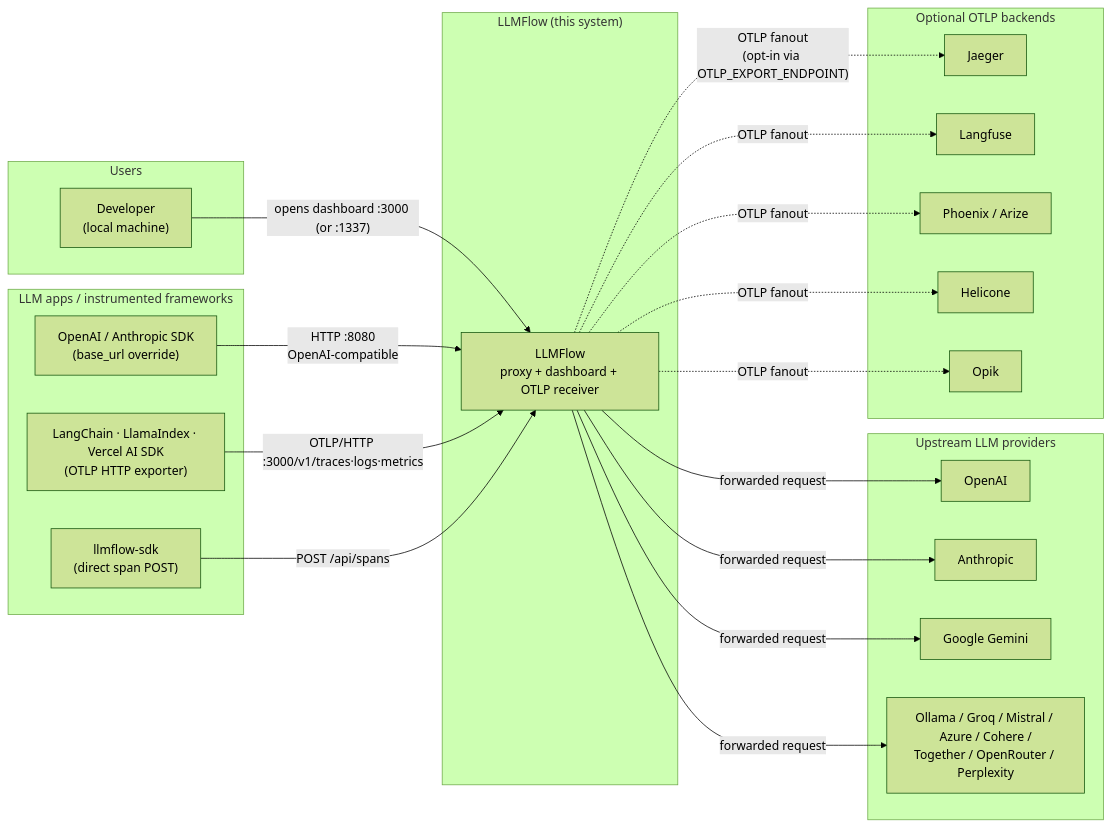
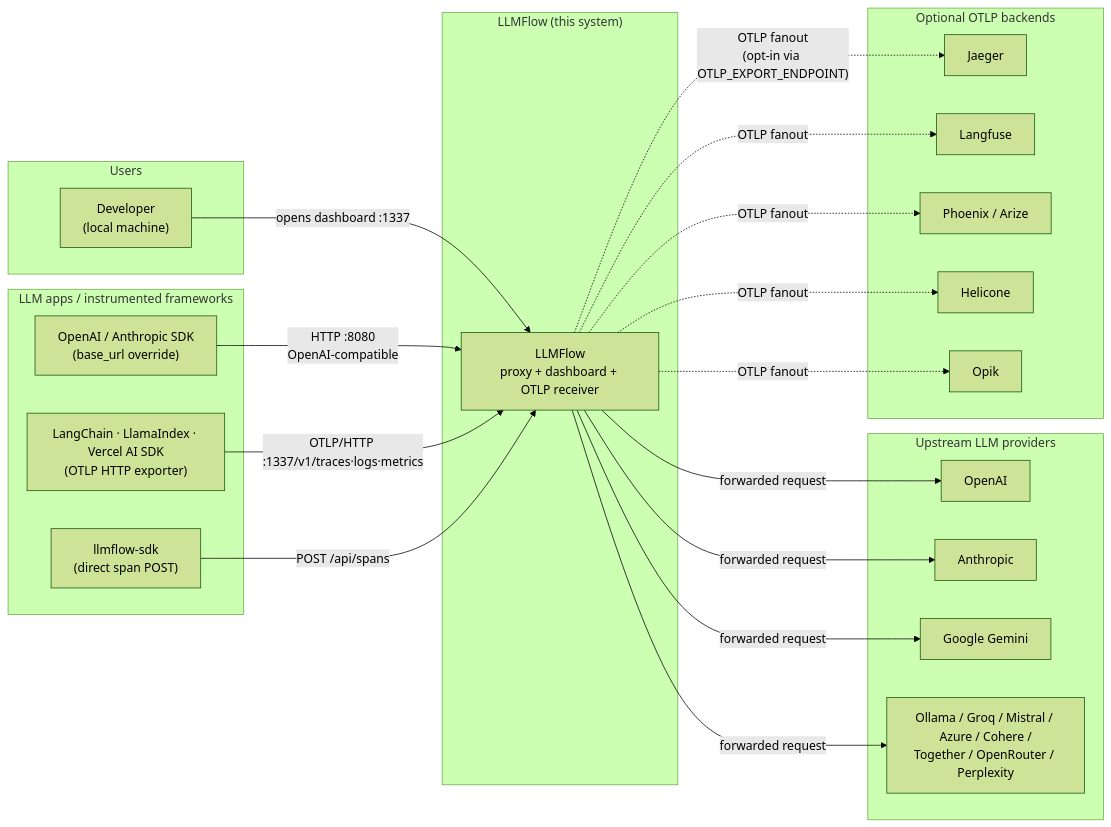
Before and after one commit to HelgeSverre/llmflow: the first of 10 diagrams in ARCHITECTURE.md, drawn with Mermaid (forest theme). The commit also changed other lines of this file and 5 other files, not shown here.

````diff
--- a/ARCHITECTURE.md
+++ b/ARCHITECTURE.md
@@ -9,45 +9,45 @@
 ```mermaid
 graph LR
     subgraph users["Users"]
         DEV["Developer<br/>(local machine)"]
     end
 
     subgraph emitters["LLM apps / instrumented frameworks"]
         SDK_USER["OpenAI / Anthropic SDK<br/>(base_url override)"]
         OTEL_USER["LangChain · LlamaIndex · Vercel AI SDK<br/>(OTLP HTTP exporter)"]
         LLMFLOW_SDK["llmflow-sdk<br/>(direct span POST)"]
     end
 
     subgraph llmflow["LLMFlow (this system)"]
         LF["LLMFlow<br/>proxy + dashboard + OTLP receiver"]
     end
 
     subgraph upstream["Upstream LLM providers"]
         OAI[OpenAI]
         ANT[Anthropic]
         GEM[Google Gemini]
         OLM[Ollama / Groq / Mistral / Azure / Cohere /<br/>Together / OpenRouter / Perplexity]
     end
 
     subgraph backends["Optional OTLP backends"]
         JAEGER[Jaeger]
         LANGFUSE[Langfuse]
         PHOENIX[Phoenix / Arize]
         HELICONE[Helicone]
         OPIK[Opik]
     end
 
-    DEV -->|"opens dashboard :3000 (or :1337)"| LF
+    DEV -->|"opens dashboard :1337"| LF
     SDK_USER -->|"HTTP :8080<br/>OpenAI-compatible"| LF
-    OTEL_USER -->|"OTLP/HTTP :3000/v1/traces·logs·metrics"| LF
+    OTEL_USER -->|"OTLP/HTTP :1337/v1/traces·logs·metrics"| LF
     LLMFLOW_SDK -->|"POST /api/spans"| LF
     LF -->|"forwarded request"| OAI
     LF -->|"forwarded request"| ANT
     LF -->|"forwarded request"| GEM
     LF -->|"forwarded request"| OLM
     LF -.->|"OTLP fanout<br/>(opt-in via OTLP_EXPORT_ENDPOINT)"| JAEGER
     LF -.->|"OTLP fanout"| LANGFUSE
     LF -.->|"OTLP fanout"| PHOENIX
     LF -.->|"OTLP fanout"| HELICONE
     LF -.->|"OTLP fanout"| OPIK
 ```
````
